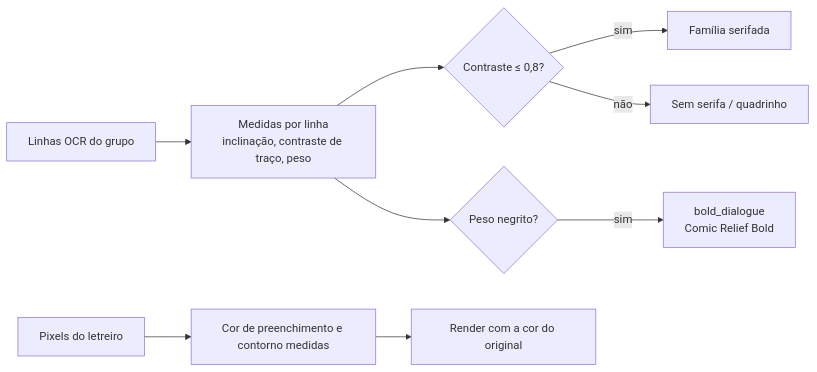
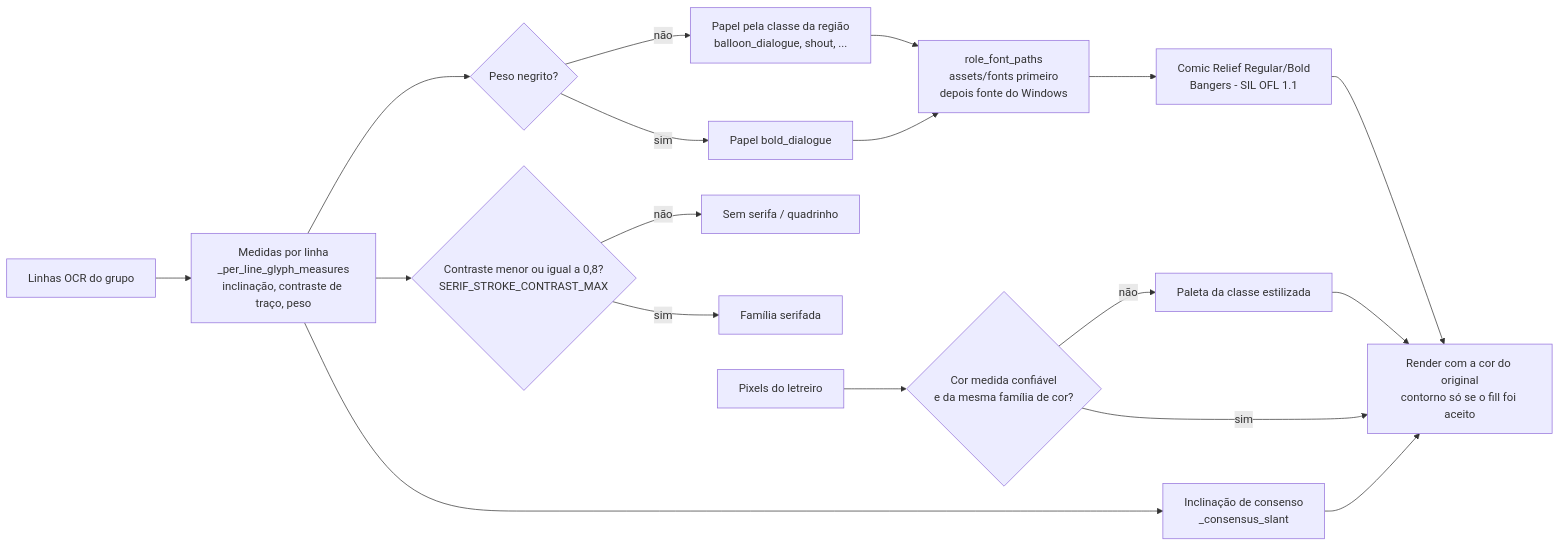
Before and after one commit to HenriquePvAr/Yomu-Sekai: diagram 12 of 17 in docs/technical/DOCUMENTACAO_TECNICA.md, drawn with Mermaid. The commit also changed other lines of this file and 9 other files, not shown here.

Commit message:
docs: add Mermaid diagrams for clean, retries, parallelism, outputs, config, security, testing and auth

````diff
--- a/docs/technical/DOCUMENTACAO_TECNICA.md
+++ b/docs/technical/DOCUMENTACAO_TECNICA.md
@@ -1449,11 +1494,20 @@
 ```mermaid
 flowchart LR
-    L[Linhas OCR do grupo] --> M[Medidas por linha<br/>inclinação, contraste de traço, peso]
-    M --> F{Contraste ≤ 0,8?}
+    L[Linhas OCR do grupo] --> M[Medidas por linha<br/>_per_line_glyph_measures<br/>inclinação, contraste de traço, peso]
+    M --> SL[Inclinação de consenso<br/>_consensus_slant]
+    M --> F{Contraste menor ou igual a 0,8?<br/>SERIF_STROKE_CONTRAST_MAX}
     F -->|sim| S[Família serifada]
     F -->|não| C[Sem serifa / quadrinho]
     M --> P{Peso negrito?}
-    P -->|sim| B[bold_dialogue<br/>Comic Relief Bold]
-    O[Pixels do letreiro] --> K[Cor de preenchimento e contorno medidas]
-    K --> R[Render com a cor do original]
+    P -->|sim| B[Papel bold_dialogue]
+    P -->|não| D[Papel pela classe da região<br/>balloon_dialogue, shout, ...]
+    B --> FR[role_font_paths<br/>assets/fonts primeiro<br/>depois fonte do Windows]
+    D --> FR
+    FR --> FT[Comic Relief Regular/Bold<br/>Bangers - SIL OFL 1.1]
+    O[Pixels do letreiro] --> K{Cor medida confiável<br/>e da mesma família de cor?}
+    K -->|sim| R[Render com a cor do original<br/>contorno só se o fill foi aceito]
+    K -->|não| PA[Paleta da classe estilizada]
+    FT --> R
+    PA --> R
+    SL --> R
 ```
````
